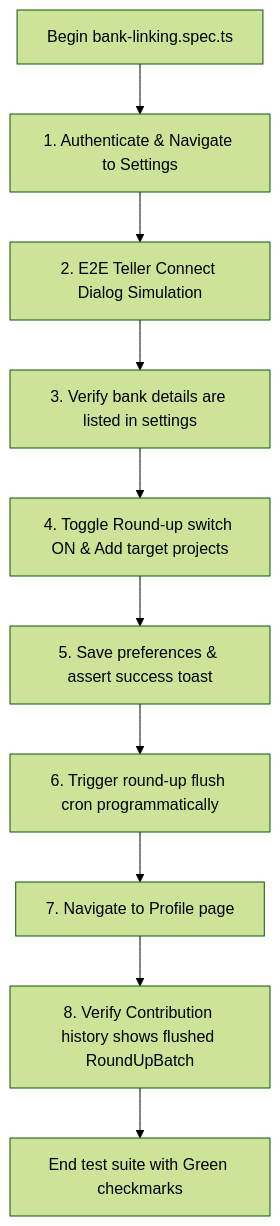
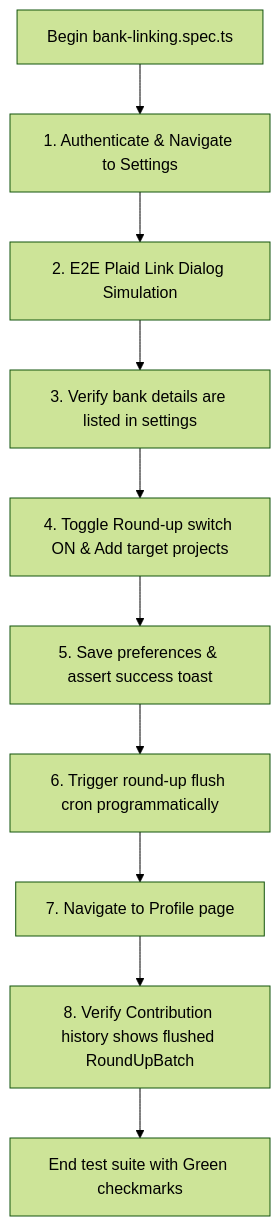
One commit to FlaggIgbo/green-initiatives changed the diagram in e2e/README.md. Above: the diagram before and after it, drawn with Mermaid (forest theme). The commit also changed other lines of this file and 45 other files, not shown here.

Commit message:
feat: replace Teller with Plaid, add roadmap stubs, Playwright screenshots/E2E flow, and ADRs

````diff
--- a/e2e/README.md
+++ b/e2e/README.md
@@ -69,12 +69,12 @@
 ```mermaid
 graph TD
     Start[Begin bank-linking.spec.ts] --> Step1[1. Authenticate & Navigate to Settings]
-    Step1 --> Step2[2. E2E Teller Connect Dialog Simulation]
+    Step1 --> Step2[2. E2E Plaid Link Dialog Simulation]
     Step2 --> Step3[3. Verify bank details are listed in settings]
     Step3 --> Step4[4. Toggle Round-up switch ON & Add target projects]
     Step4 --> Step5[5. Save preferences & assert success toast]
     Step5 --> Step6[6. Trigger round-up flush cron programmatically]
     Step6 --> Step7[7. Navigate to Profile page]
     Step7 --> Step8[8. Verify Contribution history shows flushed RoundUpBatch]
     Step8 --> End[End test suite with Green checkmarks]
 ```
````
